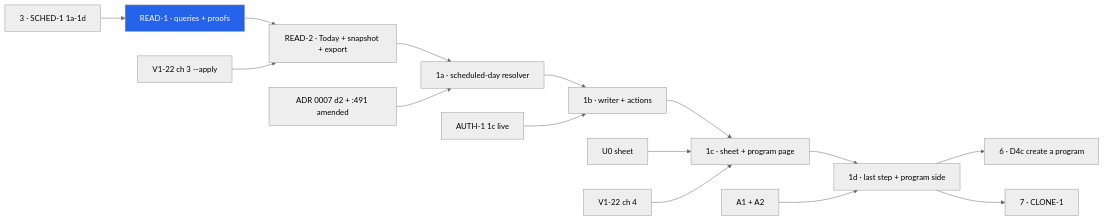
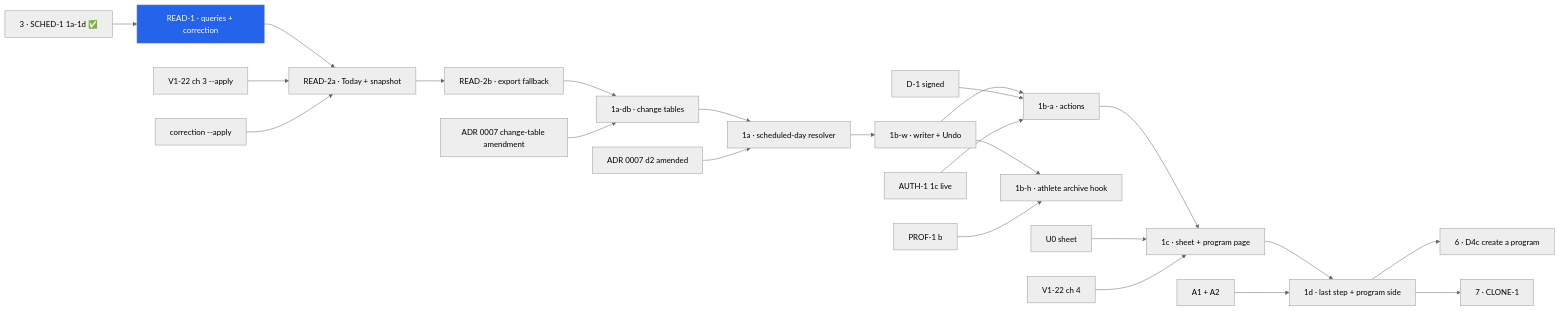
The first of 3 diagrams in docs/plans/assign-1-assignments.md (ralamode/mat-plan), drawn with Mermaid (neutral theme) before and after one commit. The commit also changed other lines of this file and 7 other files, not shown here.

````diff
--- a/docs/plans/assign-1-assignments.md
+++ b/docs/plans/assign-1-assignments.md
@@ -169,18 +212,26 @@
 ```mermaid
 flowchart LR
-  S[3 · SCHED-1 1a-1d] --> R1[READ-1 · queries + proofs]
-  R1 --> R2[READ-2 · Today + snapshot + export]
-  V3[V1-22 ch 3 --apply] --> R2
-  R2 --> A1a[1a · scheduled-day resolver]
-  ADR[ADR 0007 d2 + :491 amended] --> A1a
-  A1a --> A1b[1b · writer + actions]
-  AU[AUTH-1 1c live] --> A1b
-  A1b --> A1c[1c · sheet + program page]
+  S[3 · SCHED-1 1a-1d ✅] --> R1[READ-1 · queries + correction]
+  R1 --> R2a[READ-2a · Today + snapshot]
+  V3[V1-22 ch 3 --apply] --> R2a
+  C1[correction --apply] --> R2a
+  R2a --> R2b[READ-2b · export fallback]
+  R2b --> DB[1a-db · change tables]
+  ADR3[ADR 0007 change-table amendment] --> DB
+  DB --> A1a[1a · scheduled-day resolver]
+  ADR[ADR 0007 d2 amended] --> A1a
+  A1a --> W[1b-w · writer + Undo]
+  W --> AC[1b-a · actions]
+  D1[D-1 signed] --> AC
+  AU[AUTH-1 1c live] --> AC
+  W --> H[1b-h · athlete archive hook]
+  PB[PROF-1 b] --> H
+  AC --> A1c[1c · sheet + program page]
   U0[U0 sheet] --> A1c
   V4[V1-22 ch 4] --> A1c
   A1c --> A1d[1d · last step + program side]
   PA[A1 + A2] --> A1d
   A1d --> D4c[6 · D4c create a program]
   A1d --> CL[7 · CLONE-1]
   style R1 fill:#2563eb,color:#fff
 ```
````
